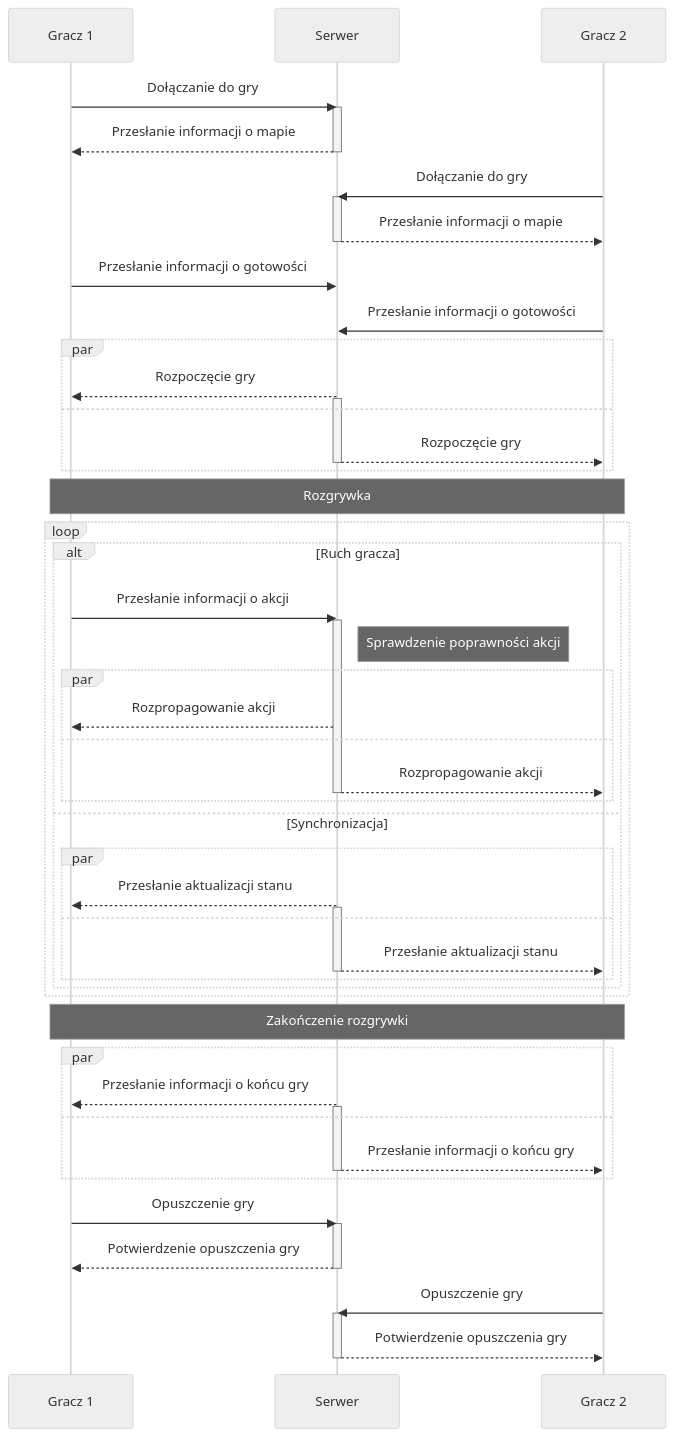
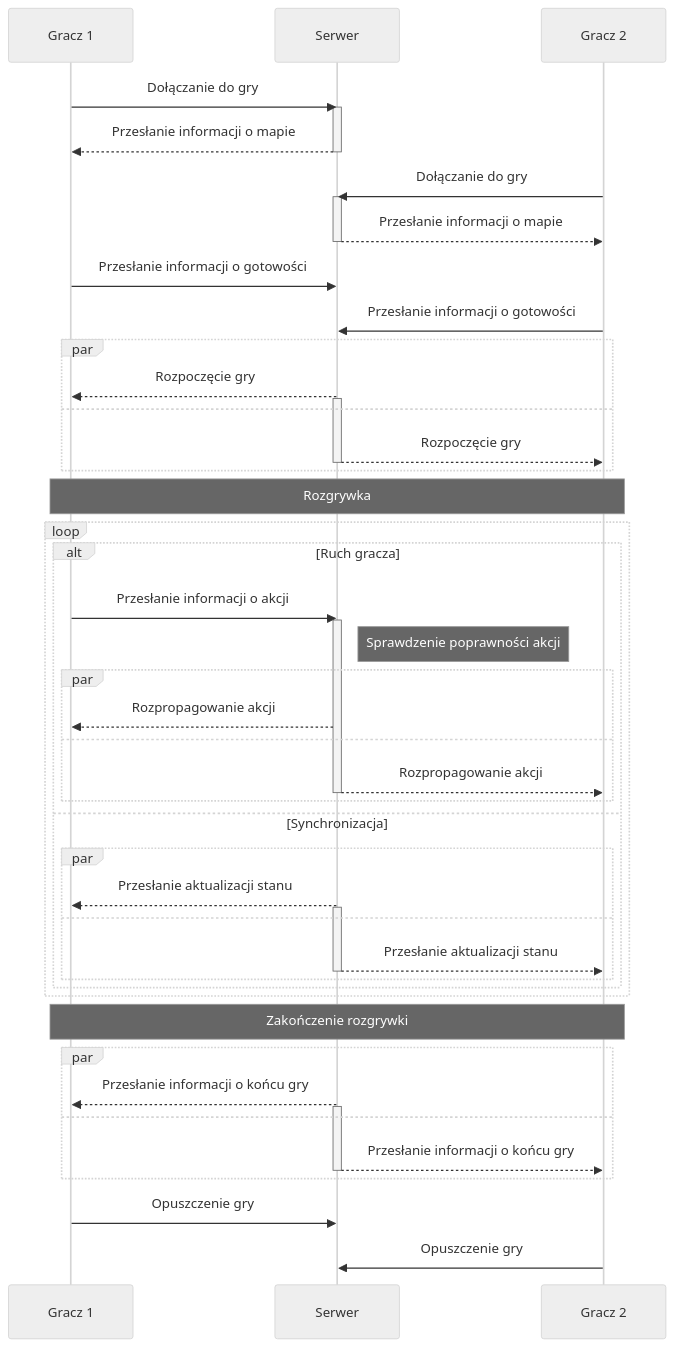
One commit to Nasus20202/przetwarzanie-rozproszone changed the diagram in diagrams/sequence.mmd. Above: the diagram before and after it, drawn with Mermaid (neutral theme). The commit also changed 1 other file, not shown here.

```diff
--- a/diagrams/sequence.mmd
+++ b/diagrams/sequence.mmd
@@ -1,67 +1,61 @@
 sequenceDiagram
     participant Gracz 1
     participant Serwer
     participant Gracz 2
 
     Gracz 1->>Serwer: Dołączanie do gry
     activate Serwer
     Serwer-->>Gracz 1: Przesłanie informacji o mapie
     deactivate Serwer
     Gracz 2->>Serwer: Dołączanie do gry
     activate Serwer
     Serwer-->>Gracz 2: Przesłanie informacji o mapie
     deactivate Serwer
 
     Gracz 1->>Serwer: Przesłanie informacji o gotowości
     Gracz 2->>Serwer: Przesłanie informacji o gotowości
     par
         Serwer-->>Gracz 1: Rozpoczęcie gry
         activate Serwer
     and
         Serwer-->>Gracz 2: Rozpoczęcie gry
         deactivate Serwer
     end
 
     Note over Gracz 1, Gracz 2: Rozgrywka
 
     loop
         alt Ruch gracza
             Gracz 1->>Serwer: Przesłanie informacji o akcji
             activate Serwer
             Note right of Serwer: Sprawdzenie poprawności akcji
             par
                 Serwer-->>Gracz 1: Rozpropagowanie akcji
             and
                 Serwer-->>Gracz 2: Rozpropagowanie akcji
                 deactivate Serwer
             end
         else Synchronizacja
             par
                 Serwer-->>Gracz 1: Przesłanie aktualizacji stanu
                 activate Serwer
             and
                 Serwer-->>Gracz 2: Przesłanie aktualizacji stanu
                 deactivate Serwer
             end
         end
     end
 
     Note over Gracz 1, Gracz 2: Zakończenie rozgrywki
 
     par
         Serwer-->>Gracz 1: Przesłanie informacji o końcu gry
         activate Serwer
     and
         Serwer-->>Gracz 2: Przesłanie informacji o końcu gry
         deactivate Serwer
     end
 
     Gracz 1->>Serwer: Opuszczenie gry
-    activate Serwer
-    Serwer-->>Gracz 1: Potwierdzenie opuszczenia gry
-    deactivate Serwer
     
     Gracz 2->>Serwer: Opuszczenie gry
-    activate Serwer
-    Serwer-->>Gracz 2: Potwierdzenie opuszczenia gry
-    deactivate Serwer
```
